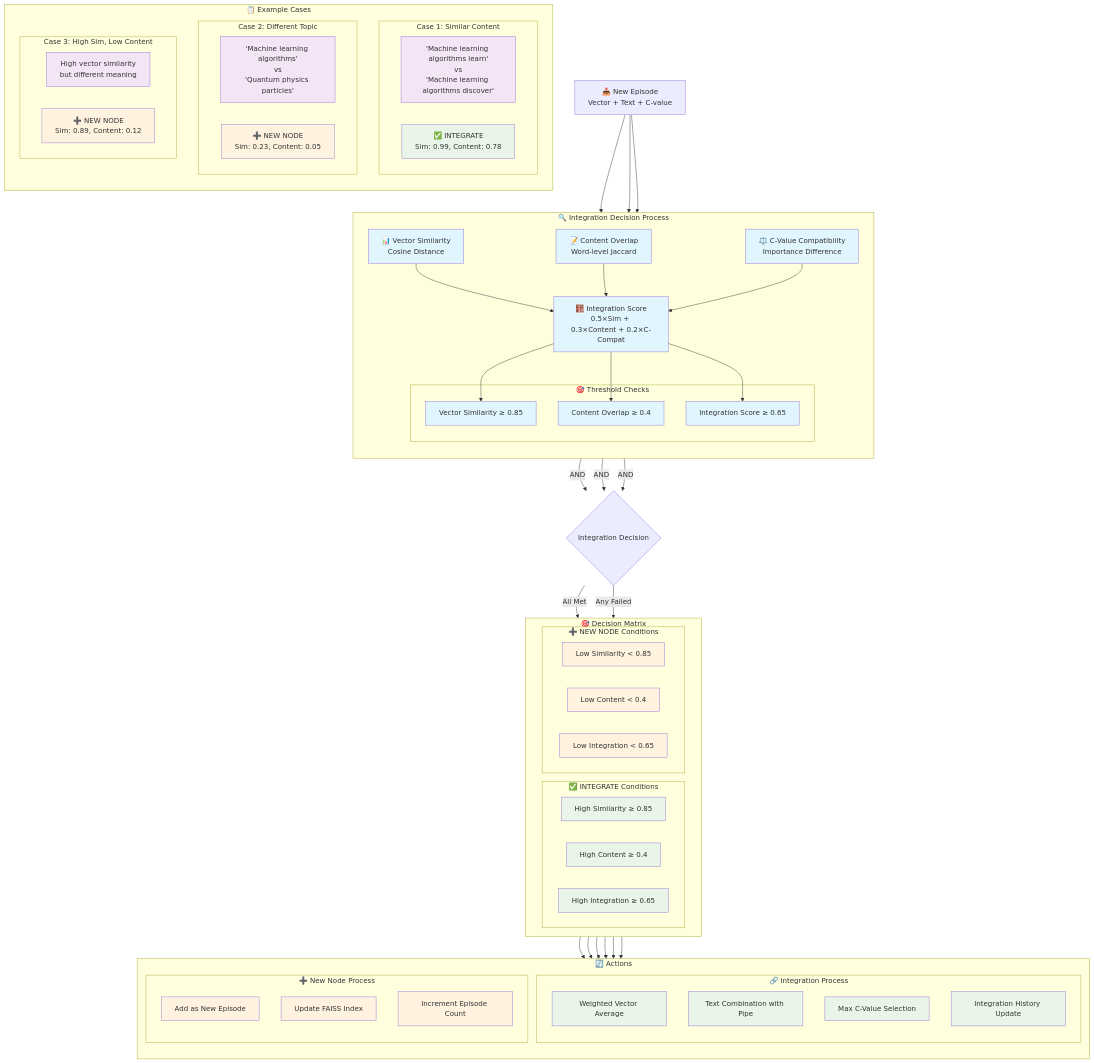
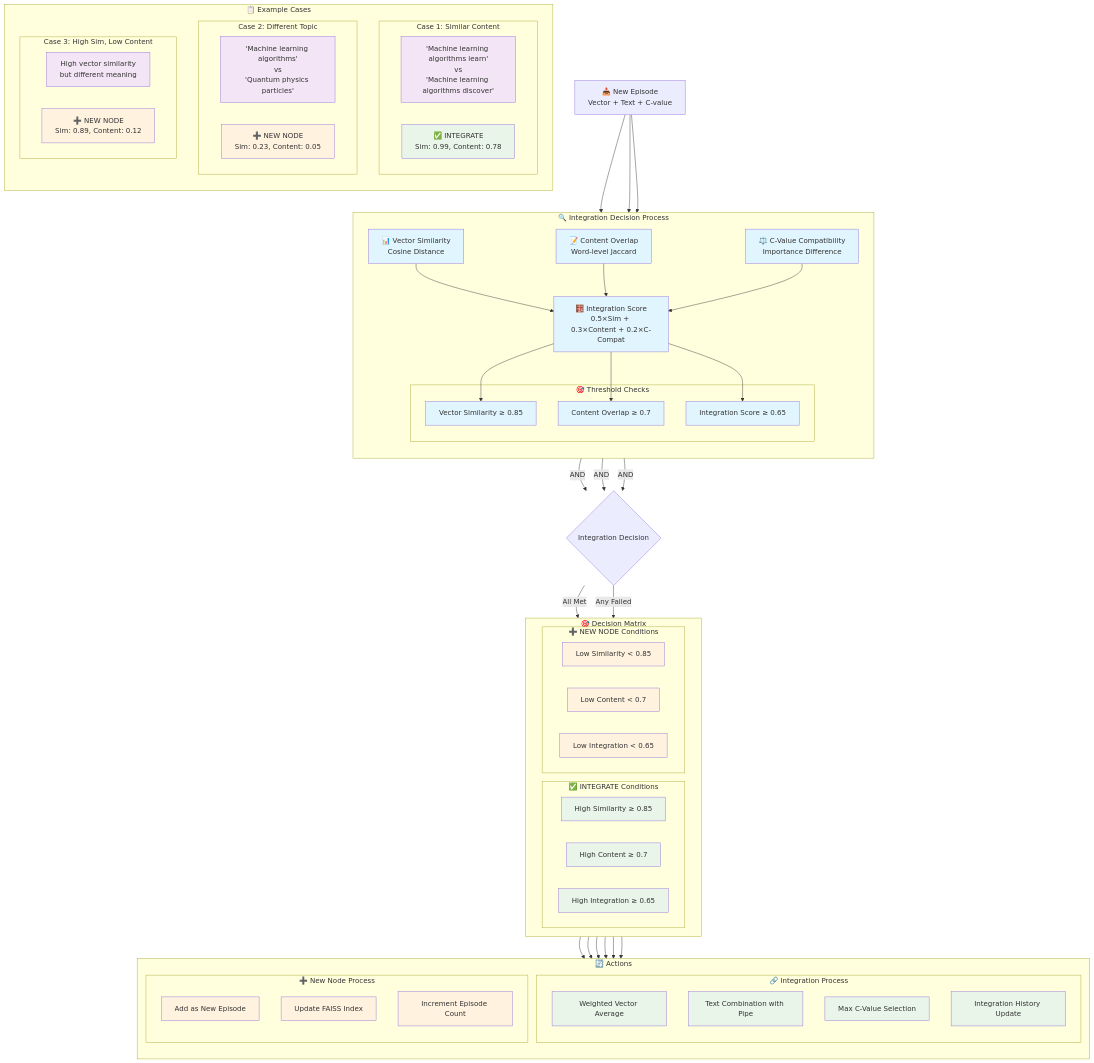
The diagram in docs/diagrams/EPISODE_INTEGRATION_MATRIX.mermaid (miyauchikazuyoshi/InsightSpike-AI), drawn with Mermaid before and after one commit. The commit also changed 172 other files, not shown here.

```diff
--- a/docs/diagrams/EPISODE_INTEGRATION_MATRIX.mermaid
+++ b/docs/diagrams/EPISODE_INTEGRATION_MATRIX.mermaid
@@ -1,120 +1,120 @@
 %% Episode Management Decision Matrix
 %% エピソード管理の判定マトリックス
 
 flowchart TD
     %% New Episode Input
     NewEpisode[📥 New Episode<br/>Vector + Text + C-value]
     
     %% Integration Check Process
     subgraph "🔍 Integration Decision Process"
         direction TB
         
         %% Similarity Calculation
         VectorSim[📊 Vector Similarity<br/>Cosine Distance]
         ContentOver[📝 Content Overlap<br/>Word-level Jaccard]
         CValueComp[⚖️ C-Value Compatibility<br/>Importance Difference]
         
         %% Threshold Checks
         subgraph "🎯 Threshold Checks"
             SimThresh[Vector Similarity ≥ 0.85]
-            ContThresh[Content Overlap ≥ 0.4]
+            ContThresh[Content Overlap ≥ 0.7]
             IntegThresh[Integration Score ≥ 0.65]
         end
         
         %% Integration Score
         IntegScore[🧮 Integration Score<br/>0.5×Sim + 0.3×Content + 0.2×C-Compat]
     end
     
     %% Decision Matrix
     subgraph "🎯 Decision Matrix"
         direction LR
         
         subgraph "✅ INTEGRATE Conditions"
             HighSim[High Similarity ≥ 0.85]
-            HighCont[High Content ≥ 0.4] 
+            HighCont[High Content ≥ 0.7] 
             HighInteg[High Integration ≥ 0.65]
         end
         
         subgraph "➕ NEW NODE Conditions"
             LowSim[Low Similarity < 0.85]
-            LowCont[Low Content < 0.4]
+            LowCont[Low Content < 0.7]
             LowInteg[Low Integration < 0.65]
         end
     end
     
     %% Actions
     subgraph "🔄 Actions"
         direction TB
         
         subgraph "🔗 Integration Process"
             MergeVec[Weighted Vector Average]
             CombineText[Text Combination with Pipe]
             MaxCValue[Max C-Value Selection]
             UpdateMeta[Integration History Update]
         end
         
         subgraph "➕ New Node Process"
             AddEpisode[Add as New Episode]
             TrainIndex[Update FAISS Index]
             IncrementCount[Increment Episode Count]
         end
     end
     
     %% Flow
     NewEpisode --> VectorSim
     NewEpisode --> ContentOver
     NewEpisode --> CValueComp
     
     VectorSim --> IntegScore
     ContentOver --> IntegScore
     CValueComp --> IntegScore
     
     IntegScore --> SimThresh
     IntegScore --> ContThresh
     IntegScore --> IntegThresh
     
     SimThresh -->|AND| Decision{Integration Decision}
     ContThresh -->|AND| Decision
     IntegThresh -->|AND| Decision
     
     Decision -->|All Met| HighSim
     Decision -->|Any Failed| LowSim
     
     HighSim --> MergeVec
     HighCont --> CombineText
     HighInteg --> MaxCValue
     
     LowSim --> AddEpisode
     LowCont --> TrainIndex
     LowInteg --> IncrementCount
     
     %% Example Cases
     subgraph "📋 Example Cases"
         direction TB
         
         subgraph "Case 1: Similar Content"
             Ex1Input["'Machine learning algorithms learn'<br/>vs<br/>'Machine learning algorithms discover'"]
             Ex1Result[✅ INTEGRATE<br/>Sim: 0.99, Content: 0.78]
         end
         
         subgraph "Case 2: Different Topic"
             Ex2Input["'Machine learning algorithms'<br/>vs<br/>'Quantum physics particles'"]
             Ex2Result[➕ NEW NODE<br/>Sim: 0.23, Content: 0.05]
         end
         
         subgraph "Case 3: High Sim, Low Content"
             Ex3Input["High vector similarity<br/>but different meaning"]
             Ex3Result[➕ NEW NODE<br/>Sim: 0.89, Content: 0.12]
         end
     end
     
     %% Styling
     classDef integrationClass fill:#e8f5e8
     classDef newNodeClass fill:#fff3e0
     classDef processClass fill:#e1f5fe
     classDef exampleClass fill:#f3e5f5
     
     class HighSim,HighCont,HighInteg,MergeVec,CombineText,MaxCValue,UpdateMeta,Ex1Result integrationClass
     class LowSim,LowCont,LowInteg,AddEpisode,TrainIndex,IncrementCount,Ex2Result,Ex3Result newNodeClass
     class VectorSim,ContentOver,CValueComp,IntegScore,SimThresh,ContThresh,IntegThresh processClass
     class Ex1Input,Ex2Input,Ex3Input exampleClass
```
